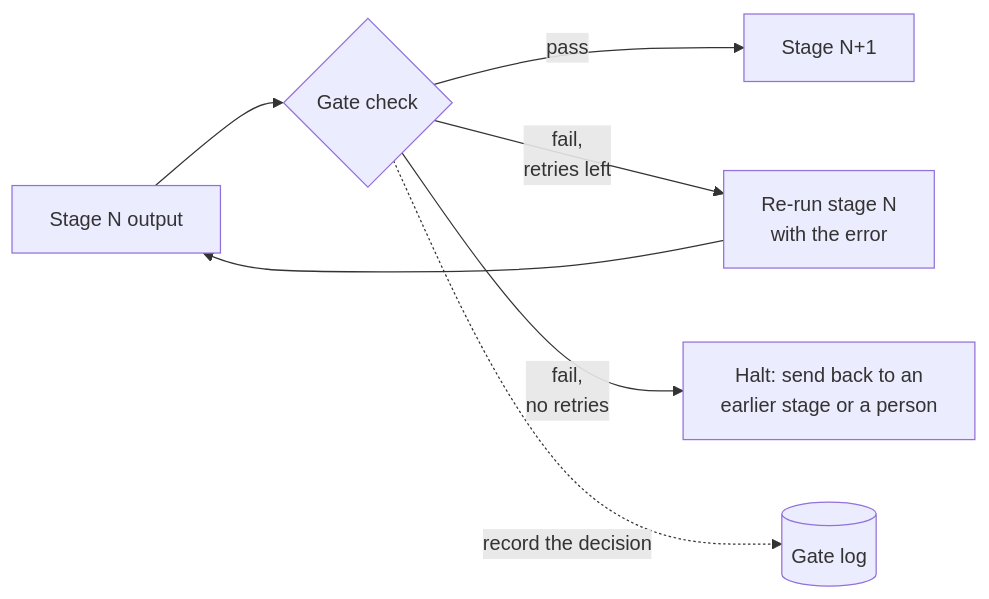
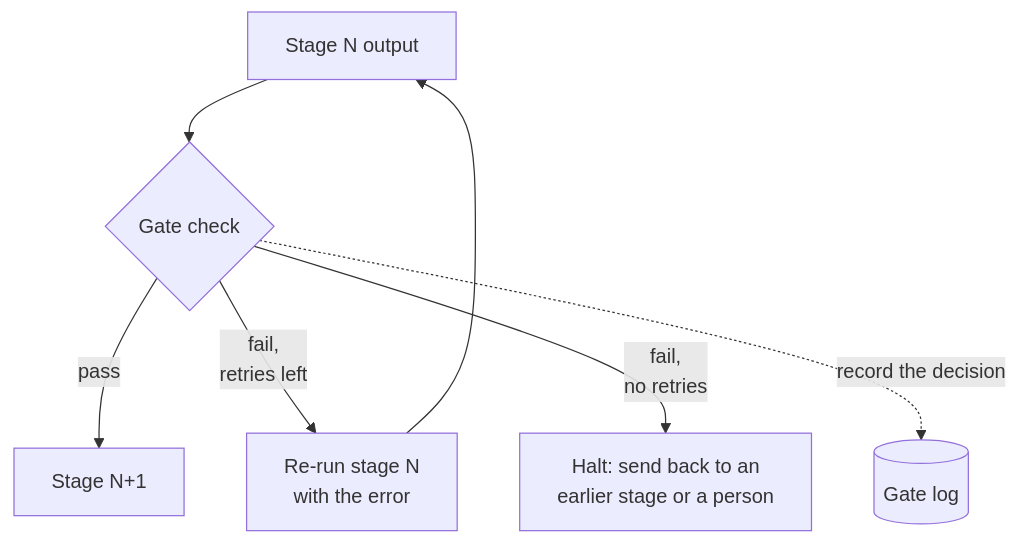
The second of 4 diagrams in docs/patterns/stage-gates.md (chintan-dshel/aible), drawn with Mermaid before and after one commit. The commit also changed other lines of this file and 12 other files, not shown here.

First line of the commit message:
Restructure per pedagogy review; fix root-cause CSS/Mermaid presentation bugs

````diff
--- a/docs/patterns/stage-gates.md
+++ b/docs/patterns/stage-gates.md
@@ -36,9 +44,16 @@
 ```mermaid
-flowchart LR
+---
+config:
+  themeVariables:
+    fontSize: 16px
+---
+flowchart TB
+  accTitle: Anatomy of a stage gate
+  accDescr: A stage's output reaches a gate check. On pass it moves to the next stage. On fail with retries left, the stage re-runs with the error fed back. On fail with no retries left, the run halts to an earlier stage or a person. Every outcome is recorded in a gate log.
   S1["Stage N output"]:::agent --> G{"Gate check"}:::gate
   G -- "pass" --> S2["Stage N+1"]:::agent
   G -- "fail,<br/>retries left" --> R["Re-run stage N<br/>with the error"]:::orch
   R --> S1
   G -- "fail,<br/>no retries" --> H["Halt: send back to an<br/>earlier stage or a person"]:::human
   G -. "record the decision" .-> L[("Gate log")]:::store
 ```
````
